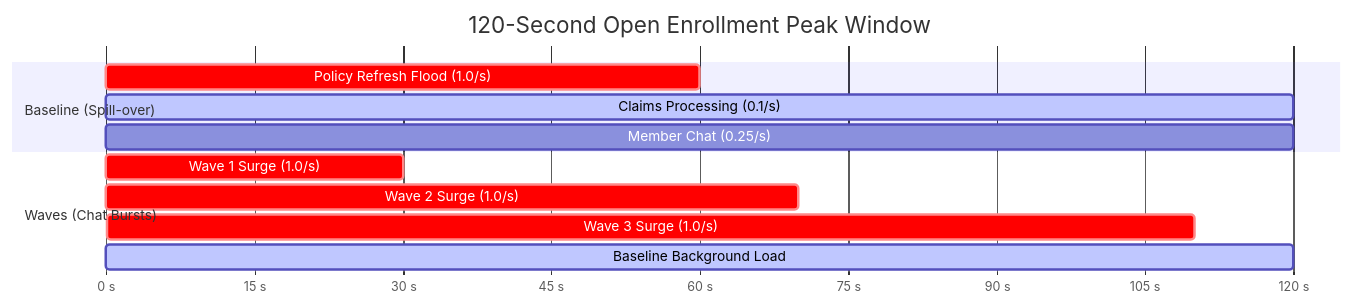
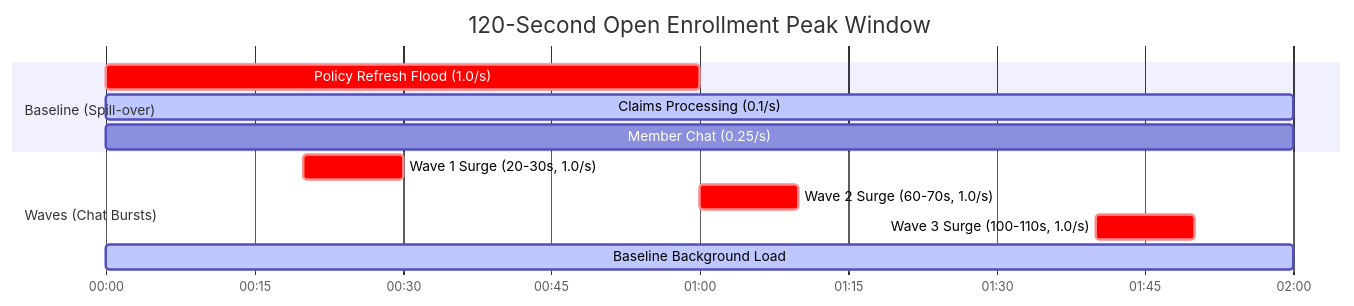
Before and after one commit to donbr/fde-engagement-pattern: the diagram in use_case/data/DATASHEET.md, drawn with Mermaid. The commit also changed 12 other files, not shown here.

Commit message:
fix: resolve review findings on docs, diagrams, shedder clock, and provenance

````diff
--- a/use_case/data/DATASHEET.md
+++ b/use_case/data/DATASHEET.md
@@ -23,17 +23,17 @@
 ```mermaid
 gantt
     title 120-Second Open Enrollment Peak Window
-    dateFormat X
-    axisFormat %s s
+    dateFormat HH:mm:ss
+    axisFormat %M:%S
 
     section Baseline (Spill-over)
-    Policy Refresh Flood (1.0/s)    :crit, 0, 60
-    Claims Processing (0.1/s)       :active, 0, 120
-    Member Chat (0.25/s)            :0, 120
+    Policy Refresh Flood (1.0/s)    :crit, 00:00:00, 00:01:00
+    Claims Processing (0.1/s)       :active, 00:00:00, 00:02:00
+    Member Chat (0.25/s)            :00:00:00, 00:02:00
 
     section Waves (Chat Bursts)
-    Wave 1 Surge (1.0/s)            :crit, 20, 30
-    Wave 2 Surge (1.0/s)            :crit, 60, 70
-    Wave 3 Surge (1.0/s)            :crit, 100, 110
-    Baseline Background Load        :active, 0, 120
+    Wave 1 Surge (20-30s, 1.0/s)    :crit, 00:00:20, 00:00:30
+    Wave 2 Surge (60-70s, 1.0/s)    :crit, 00:01:00, 00:01:10
+    Wave 3 Surge (100-110s, 1.0/s)  :crit, 00:01:40, 00:01:50
+    Baseline Background Load        :active, 00:00:00, 00:02:00
 ```
````
